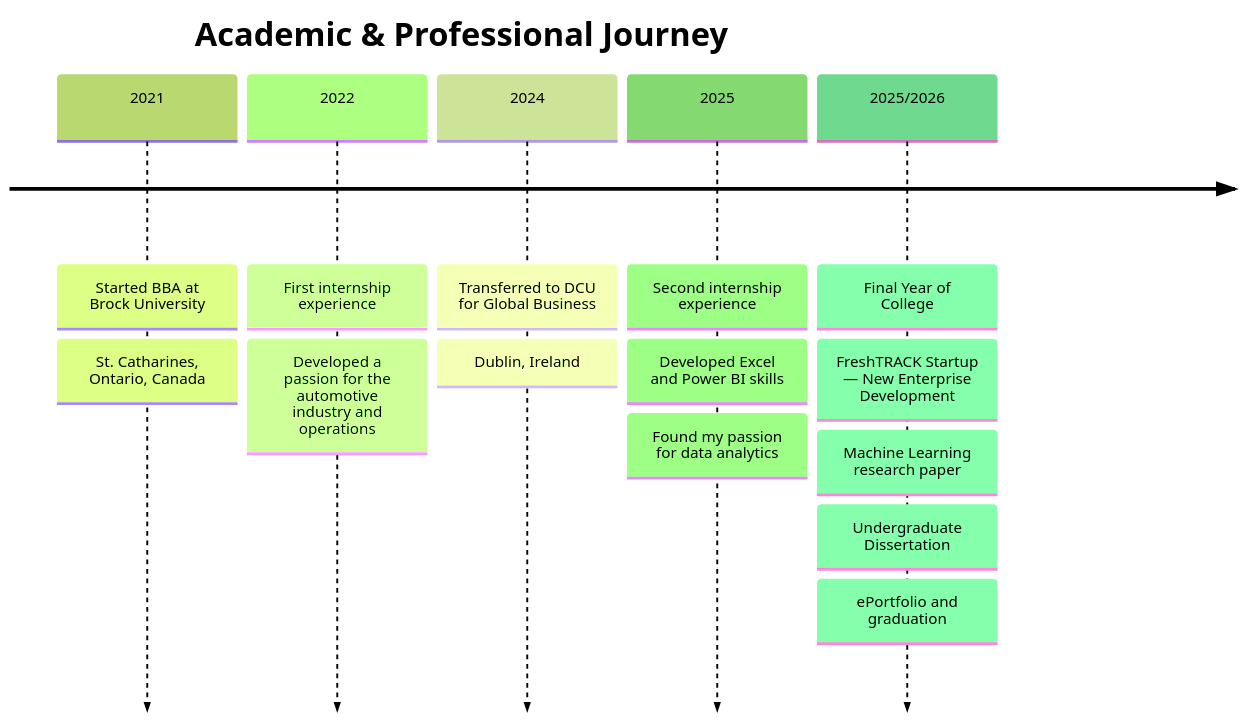
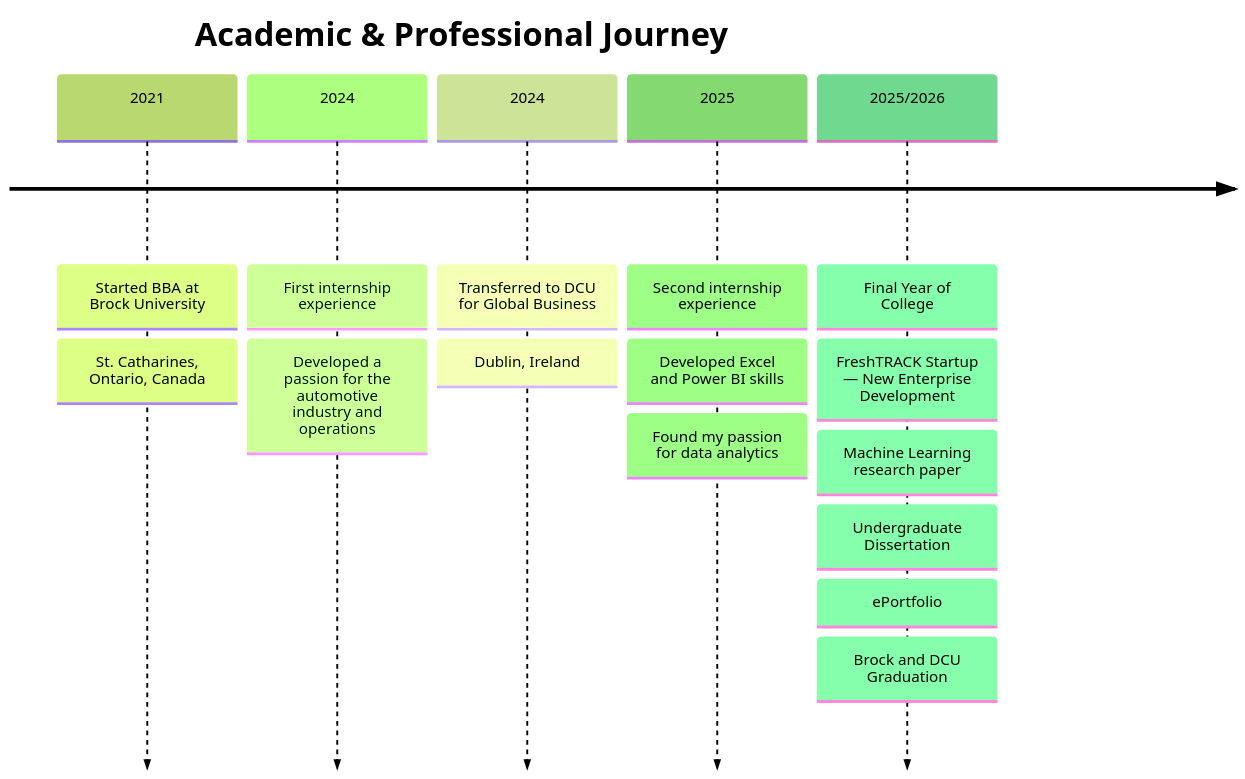
Before and after one commit to dennis-chumakov/dennis-chumakov.github.io: the diagram in about.qmd, drawn with Mermaid (forest theme).

Commit message:
Text editing on about.qmd

````diff
--- a/about.qmd
+++ b/about.qmd
@@ -24,18 +24,19 @@
 ```{mermaid}
 timeline
     title Academic & Professional Journey
     2021 : Started BBA at Brock University
          : St. Catharines, Ontario, Canada
-    2022 : First internship experience
+    2024 : First internship experience
          : Developed a passion for the automotive industry and operations 
     2024 : Transferred to DCU for Global Business
          : Dublin, Ireland
     2025 : Second internship experience
          : Developed Excel and Power BI skills
          : Found my passion for data analytics
     2025/2026 : Final Year of College 
          : FreshTRACK Startup — New Enterprise Development 
          : Machine Learning research paper
          : Undergraduate Dissertation
-         : ePortfolio and graduation
+         : ePortfolio
+         : Brock and DCU Graduation
 ```
````
